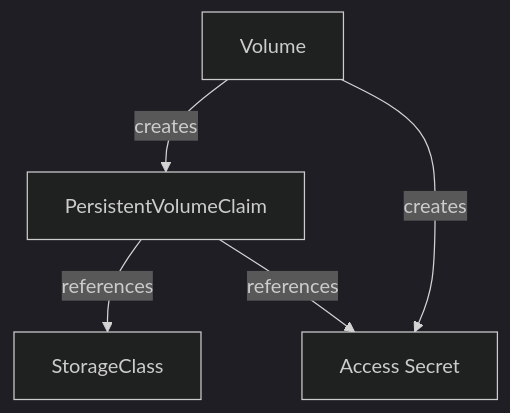
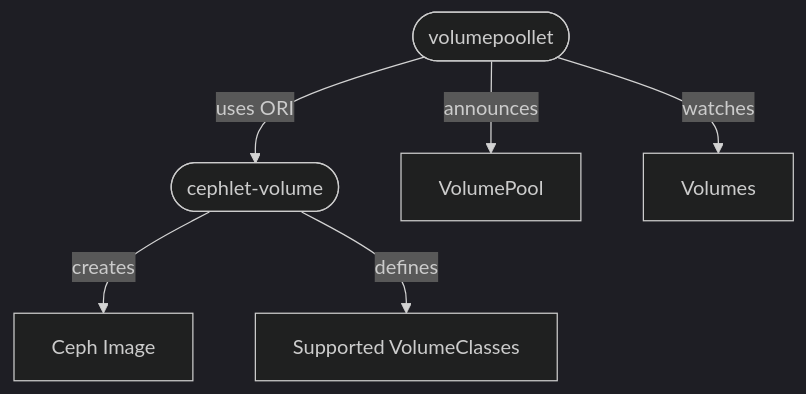
One commit to ironcore-dev/ceph-provider changed the first of 2 diagrams in docs/architecture/README.md. Above: the diagram before and after it, drawn with Mermaid (dark theme). The commit also changed other lines of this file and 7 other files, not shown here.

````diff
--- a/docs/architecture/README.md
+++ b/docs/architecture/README.md
@@ -48,7 +18,13 @@
 ```mermaid
 graph TD
-    PVC -- references --> SC[StorageClass]
-    V[Volume] -- creates  --> PVC[PersistentVolumeClaim]
-    PVC -- references --> S
-    V -- creates --> S[Access Secret]
+    C([cephlet-volume])
+    P([volumepoollet])
+    
+    P -- announces --> VP[VolumePool]
+    P -- watches --> V[Volumes]
+    
+    P -- uses ORI --> C
+    
+    C -- creates --> I[Ceph Image]
+    C -- defines --> VC[Supported VolumeClasses]
 ```
````
